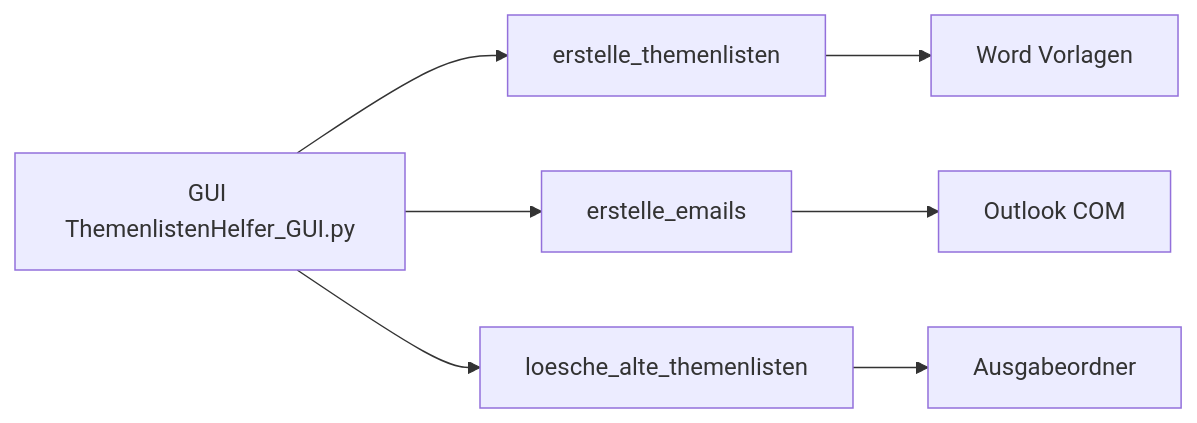
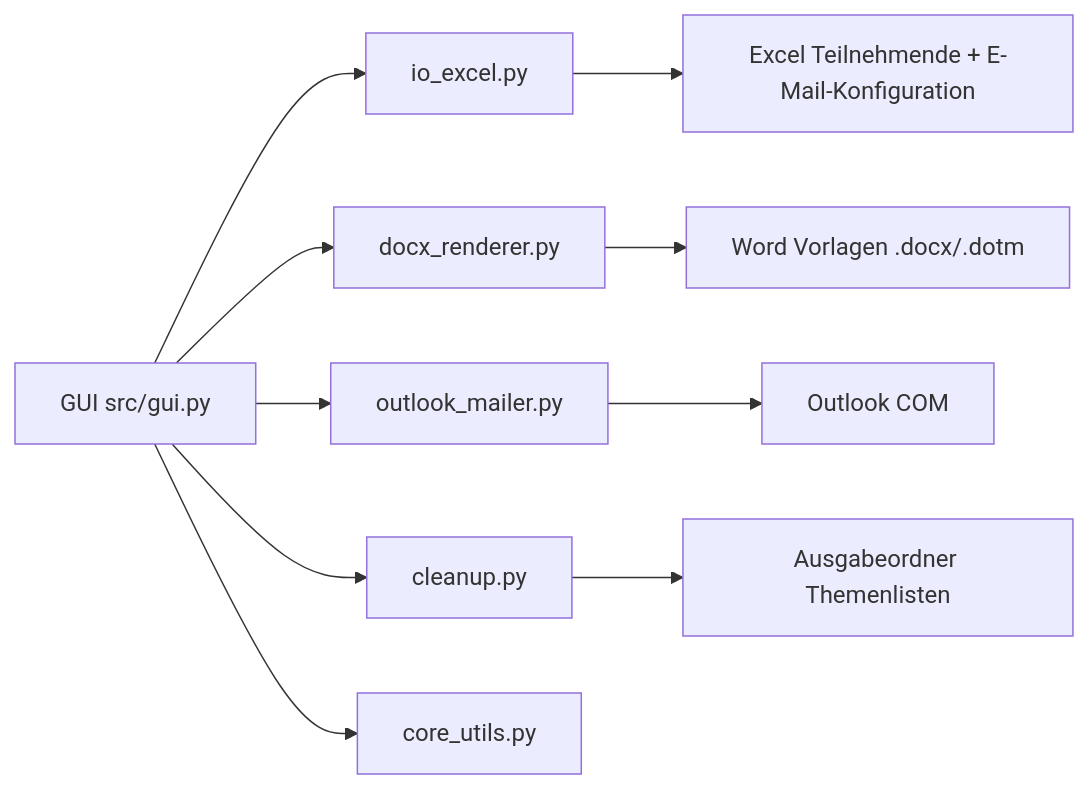
One commit to GoroTech-Tools/Themenlisten-Helfer changed the first of 2 diagrams in docs/DOKUMENTATION_TECHNIK.md. Above: the diagram before and after it, drawn with Mermaid. The commit also changed other lines of this file and 22 other files, not shown here.

````diff
--- a/docs/DOKUMENTATION_TECHNIK.md
+++ b/docs/DOKUMENTATION_TECHNIK.md
@@ -5,9 +5,13 @@
 ```mermaid
 flowchart LR
-    A[GUI ThemenlistenHelfer_GUI.py] --> B[erstelle_themenlisten]
-    A --> C[erstelle_emails]
-    A --> D[loesche_alte_themenlisten]
-    B --> E[Word Vorlagen]
-    C --> F[Outlook COM]
-    D --> G[Ausgabeordner]
+    A[GUI src/gui.py] --> B[io_excel.py]
+    A --> C[docx_renderer.py]
+    A --> D[outlook_mailer.py]
+    A --> E[cleanup.py]
+    A --> F[core_utils.py]
+
+    B --> G[Excel Teilnehmende + E-Mail-Konfiguration]
+    C --> H[Word Vorlagen .docx/.dotm]
+    D --> I[Outlook COM]
+    E --> J[Ausgabeordner Themenlisten]
 ```
````
